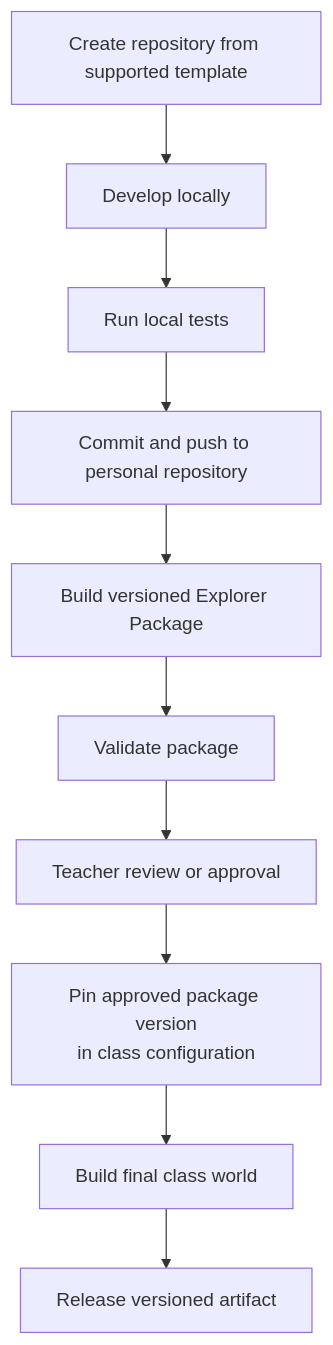
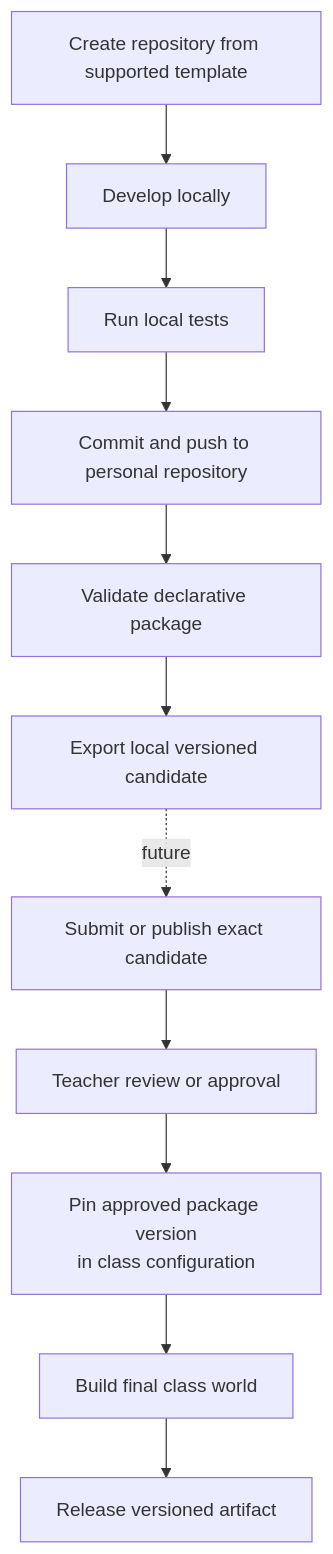
Before and after one commit to tonyluo2000/explore-studio: the second of 4 diagrams in docs/architecture/student-contribution-model.md, drawn with Mermaid. The commit also changed other lines of this file and 6 other files, not shown here.

````diff
--- a/docs/architecture/student-contribution-model.md
+++ b/docs/architecture/student-contribution-model.md
@@ -160,12 +161,13 @@
 ```mermaid
 flowchart TD
     A["Create repository from supported template"] --> B["Develop locally"]
     B --> C["Run local tests"]
     C --> D["Commit and push to personal repository"]
-    D --> E["Build versioned Explorer Package"]
-    E --> F["Validate package"]
-    F --> G["Teacher review or approval"]
-    G --> H["Pin approved package version<br/>in class configuration"]
-    H --> I["Build final class world"]
-    I --> J["Release versioned artifact"]
+    D --> E["Validate declarative package"]
+    E --> F["Export local versioned candidate"]
+    F -. future .-> G["Submit or publish exact candidate"]
+    G --> H["Teacher review or approval"]
+    H --> I["Pin approved package version<br/>in class configuration"]
+    I --> J["Build final class world"]
+    J --> K["Release versioned artifact"]
 ```
````
